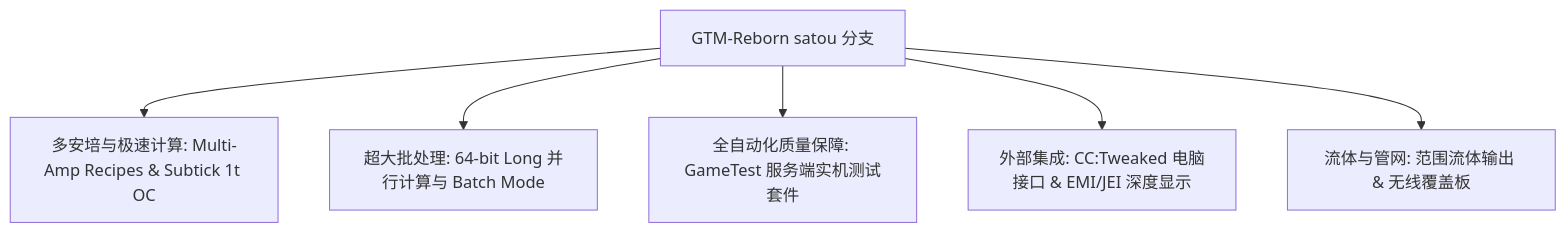
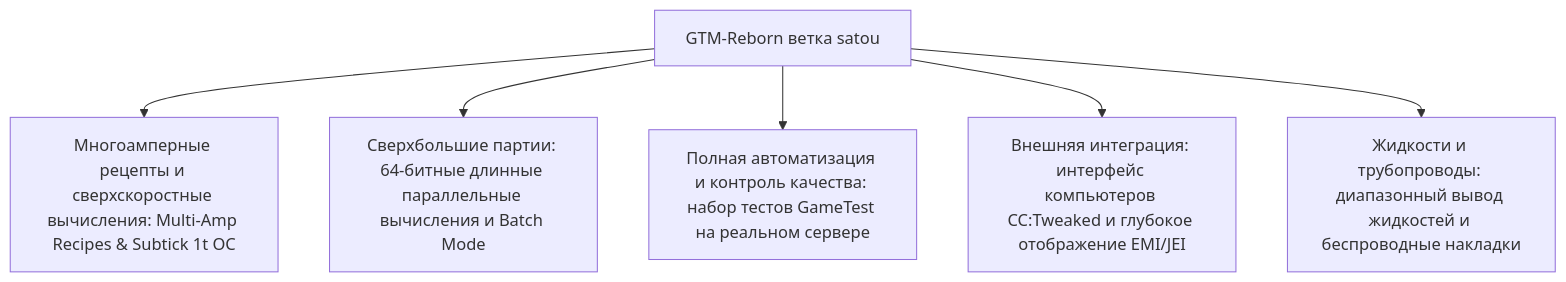
The diagram in docs/ru/gtm-reborn/index.md (takanashisatou/GregtechEasy-Docs), drawn with Mermaid before and after one commit. The commit also changed other lines of this file and 99 other files, not shown here.

````diff
--- a/docs/ru/gtm-reborn/index.md
+++ b/docs/ru/gtm-reborn/index.md
@@ -11,8 +11,8 @@
 ```mermaid
 graph TD
-    A[GTM-Reborn satou 分支] --> B[多安培与极速计算: Multi-Amp Recipes & Subtick 1t OC]
-    A --> C[超大批处理: 64-bit Long 并行计算与 Batch Mode]
-    A --> D[全自动化质量保障: GameTest 服务端实机测试套件]
-    A --> E[外部集成: CC:Tweaked 电脑接口 & EMI/JEI 深度显示]
-    A --> F[流体与管网: 范围流体输出 & 无线覆盖板]
+    A[GTM-Reborn ветка satou] --> B[Многоамперные рецепты и сверхскоростные вычисления: Multi-Amp Recipes & Subtick 1t OC]
+    A --> C[Сверхбольшие партии: 64-битные длинные параллельные вычисления и Batch Mode]
+    A --> D[Полная автоматизация и контроль качества: набор тестов GameTest на реальном сервере]
+    A --> E[Внешняя интеграция: интерфейс компьютеров CC:Tweaked и глубокое отображение EMI/JEI]
+    A --> F[Жидкости и трубопроводы: диапазонный вывод жидкостей и беспроводные накладки]
 ```
````
